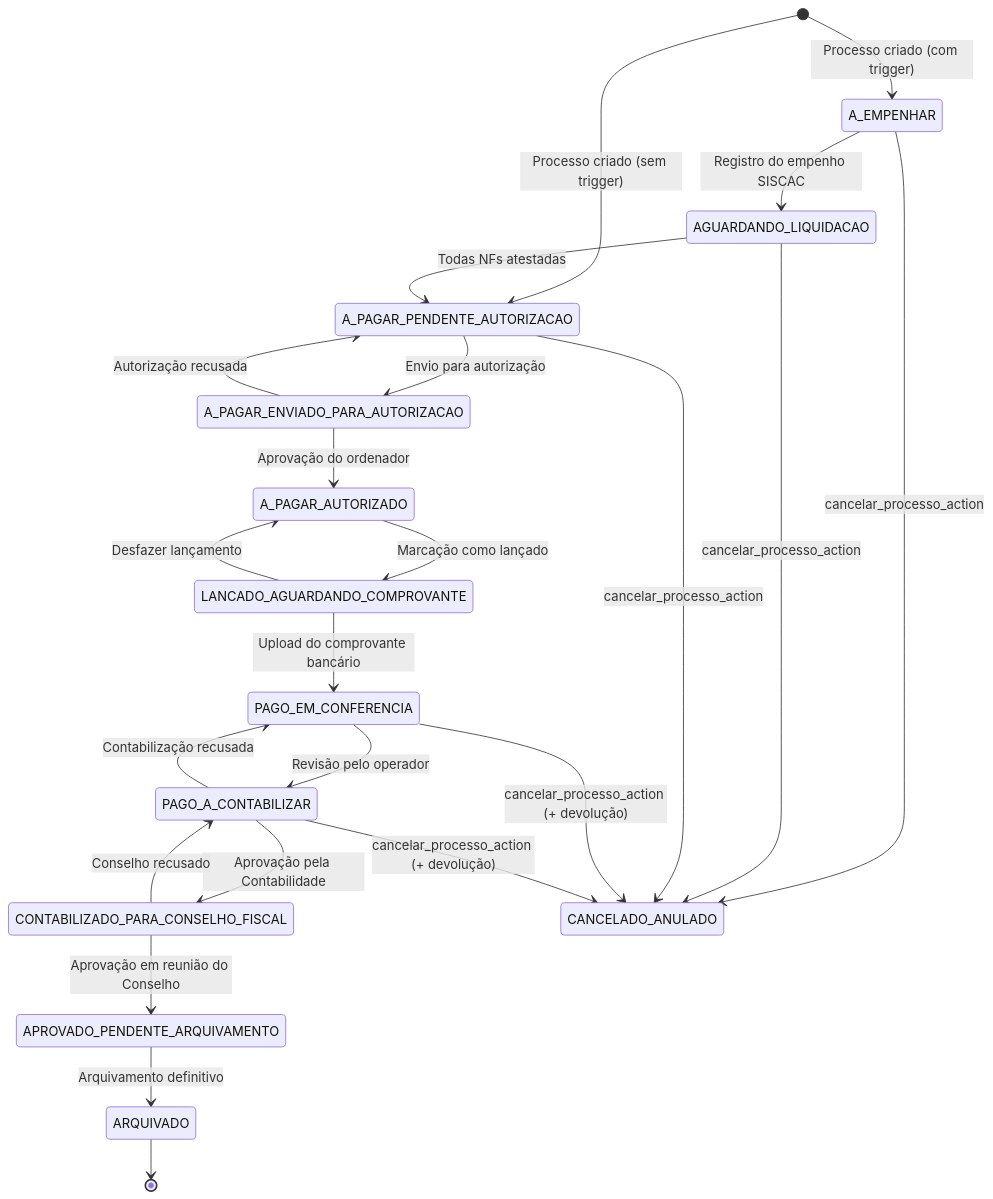
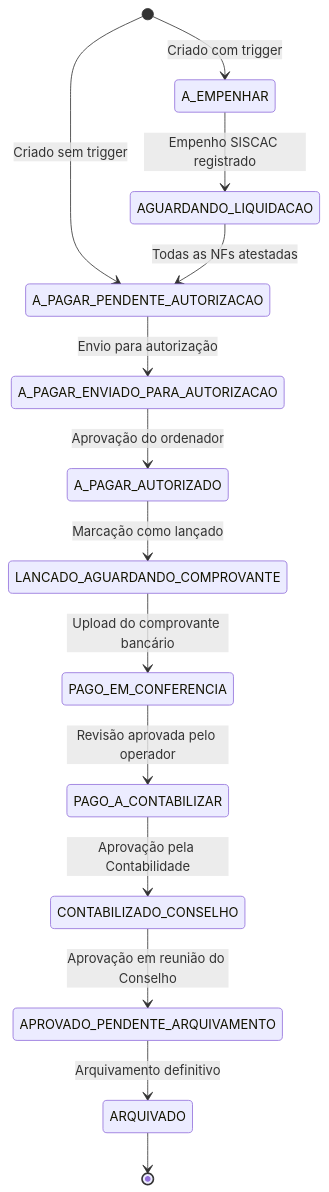
The first of 5 diagrams in docs/fluxos/pagamentos.md (BS15/DjangoProject), drawn with Mermaid before and after one commit. The commit also changed other lines of this file and 32 other files, not shown here.

````diff
--- a/docs/fluxos/pagamentos.md
+++ b/docs/fluxos/pagamentos.md
@@ -11,28 +11,18 @@
 ```mermaid
 stateDiagram-v2
-    [*] --> A_EMPENHAR : Processo criado (com trigger)
-    [*] --> A_PAGAR_PENDENTE_AUTORIZACAO : Processo criado (sem trigger)
+    direction TB
+    [*] --> A_EMPENHAR : Criado com trigger
+    [*] --> A_PAGAR_PENDENTE_AUTORIZACAO : Criado sem trigger
 
-    A_EMPENHAR --> AGUARDANDO_LIQUIDACAO : Registro do empenho SISCAC
-    AGUARDANDO_LIQUIDACAO --> A_PAGAR_PENDENTE_AUTORIZACAO : Todas NFs atestadas
+    A_EMPENHAR --> AGUARDANDO_LIQUIDACAO : Empenho SISCAC registrado
+    AGUARDANDO_LIQUIDACAO --> A_PAGAR_PENDENTE_AUTORIZACAO : Todas as NFs atestadas
     A_PAGAR_PENDENTE_AUTORIZACAO --> A_PAGAR_ENVIADO_PARA_AUTORIZACAO : Envio para autorização
     A_PAGAR_ENVIADO_PARA_AUTORIZACAO --> A_PAGAR_AUTORIZADO : Aprovação do ordenador
     A_PAGAR_AUTORIZADO --> LANCADO_AGUARDANDO_COMPROVANTE : Marcação como lançado
     LANCADO_AGUARDANDO_COMPROVANTE --> PAGO_EM_CONFERENCIA : Upload do comprovante bancário
-    PAGO_EM_CONFERENCIA --> PAGO_A_CONTABILIZAR : Revisão pelo operador
-    PAGO_A_CONTABILIZAR --> CONTABILIZADO_PARA_CONSELHO_FISCAL : Aprovação pela Contabilidade
-    CONTABILIZADO_PARA_CONSELHO_FISCAL --> APROVADO_PENDENTE_ARQUIVAMENTO : Aprovação em reunião do Conselho
+    PAGO_EM_CONFERENCIA --> PAGO_A_CONTABILIZAR : Revisão aprovada pelo operador
+    PAGO_A_CONTABILIZAR --> CONTABILIZADO_CONSELHO : Aprovação pela Contabilidade
+    CONTABILIZADO_CONSELHO --> APROVADO_PENDENTE_ARQUIVAMENTO : Aprovação em reunião do Conselho
     APROVADO_PENDENTE_ARQUIVAMENTO --> ARQUIVADO : Arquivamento definitivo
     ARQUIVADO --> [*]
-
-    A_PAGAR_ENVIADO_PARA_AUTORIZACAO --> A_PAGAR_PENDENTE_AUTORIZACAO : Autorização recusada
-    PAGO_A_CONTABILIZAR --> PAGO_EM_CONFERENCIA : Contabilização recusada
-    CONTABILIZADO_PARA_CONSELHO_FISCAL --> PAGO_A_CONTABILIZAR : Conselho recusado
-    LANCADO_AGUARDANDO_COMPROVANTE --> A_PAGAR_AUTORIZADO : Desfazer lançamento
-
-    A_EMPENHAR --> CANCELADO_ANULADO : cancelar_processo_action
-    AGUARDANDO_LIQUIDACAO --> CANCELADO_ANULADO : cancelar_processo_action
-    A_PAGAR_PENDENTE_AUTORIZACAO --> CANCELADO_ANULADO : cancelar_processo_action
-    PAGO_EM_CONFERENCIA --> CANCELADO_ANULADO : cancelar_processo_action (+ devolução)
-    PAGO_A_CONTABILIZAR --> CANCELADO_ANULADO : cancelar_processo_action (+ devolução)
 ```
````
